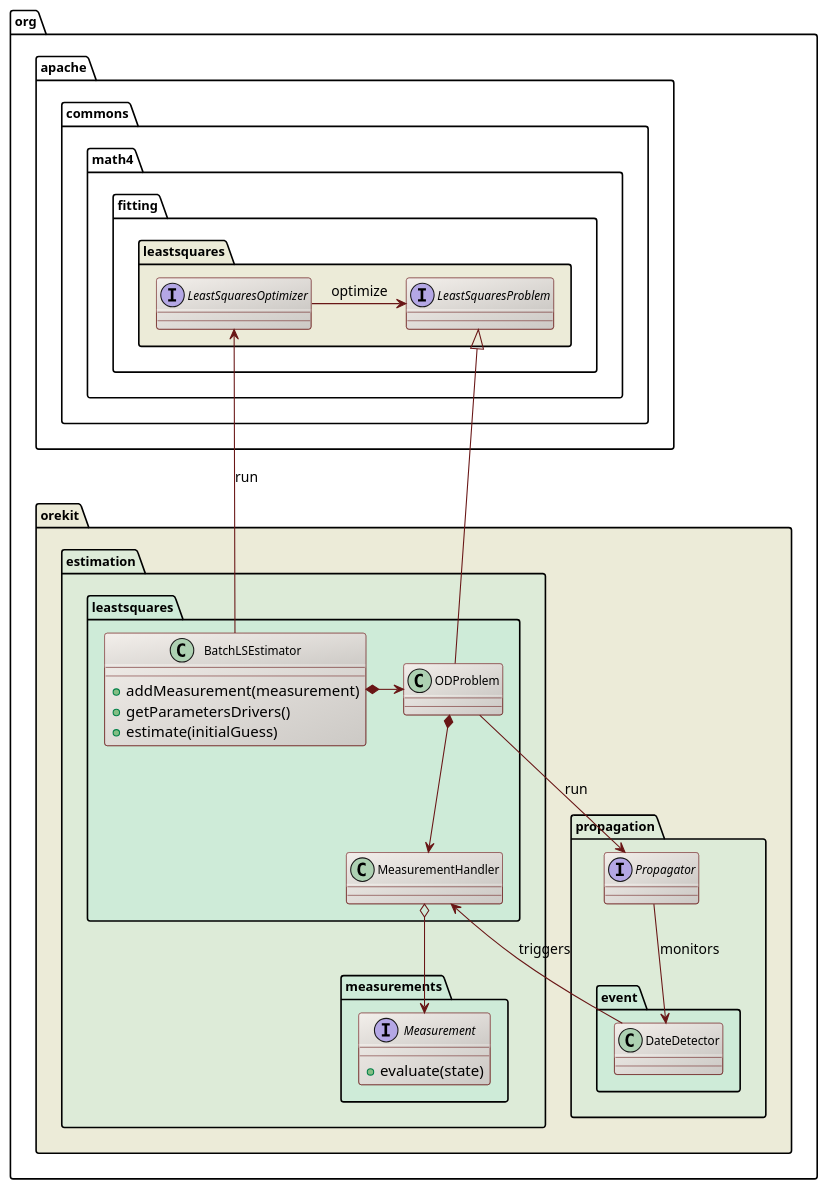
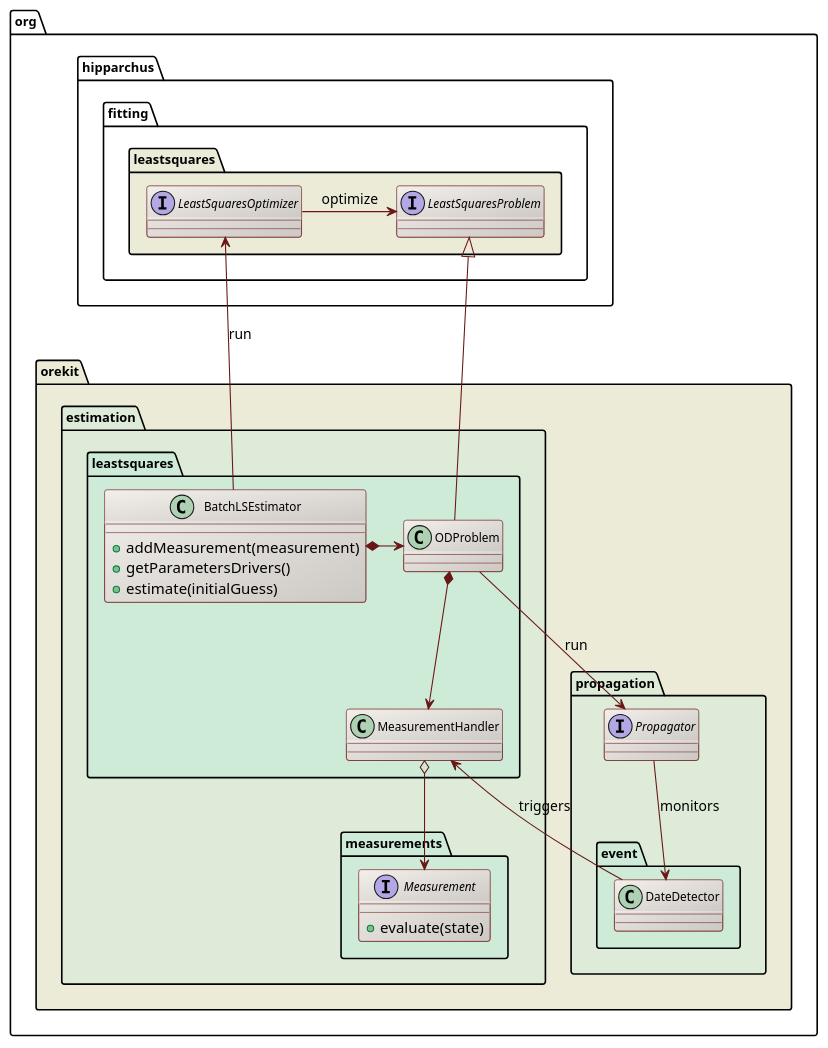
Before and after one commit to CS-SI/Orekit: the diagram in src/design/orbit-determination-overview-class-diagram.puml, drawn with PlantUML. The commit also changed 519 other files, not shown here.

Commit message:
Switched from Apache Commons Math to Hipparchus.

```diff
--- a/src/design/orbit-determination-overview-class-diagram.puml
+++ b/src/design/orbit-determination-overview-class-diagram.puml
@@ -17,61 +17,61 @@
 @startuml
 
   skinparam svek                  true
   skinparam ClassBackgroundColor  #F3EFEB/CCC9C5
   skinparam ClassArrowColor       #691616
   skinparam ClassBorderColor      #691616
   skinparam NoteBackgroundColor   #F3EFEB
   skinparam NoteBorderColor       #691616
   skinparam NoteFontColor         #691616
   skinparam ClassFontSize         11
   skinparam PackageFontSize       12
 
-  package org.apache.commons.math4.fitting.leastsquares #ECEBD8 {
+  package org.hipparchus.fitting.leastsquares #ECEBD8 {
 
           interface LeastSquaresOptimizer
           interface LeastSquaresProblem
           LeastSquaresOptimizer -right-> LeastSquaresProblem  : optimize
 
   }
 
   package org.orekit #ECEBD8 {
 
     package propagation #DDEBD8 {
         interface Propagator
         package event #CEEBD8 {
             Propagator --> DateDetector : monitors
         }
     }
 
     package estimation #DDEBD8 {
 
         package leastsquares #CEEBD8 {
 
            class BatchLSEstimator {
               +addMeasurement(measurement)
               +getParametersDrivers()
               +estimate(initialGuess)
            }
            class ODProblem
            class MeasurementHandler
 
             ODProblem *--> MeasurementHandler
             ODProblem --> Propagator : run
             MeasurementHandler <-- DateDetector : triggers
 
           BatchLSEstimator *-right-> ODProblem
           LeastSquaresProblem <|-- ODProblem
           LeastSquaresOptimizer  <-- BatchLSEstimator : run
         }
 
         package measurements #CEEBD8 {
             interface Measurement {
               +evaluate(state)
             }
             MeasurementHandler o--> Measurement
         }
     }
 
   }
 
 @enduml
```
